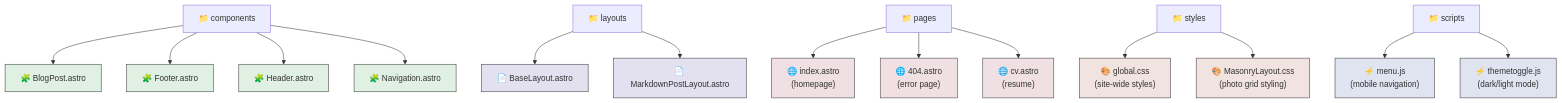
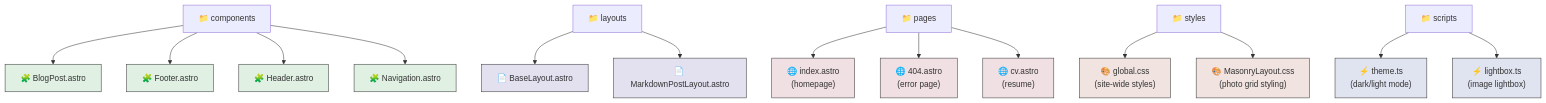
The third of 9 diagrams in README.md (erfianugrah/revista-3), drawn with Mermaid before and after one commit. The commit also changed other lines of this file and 25 other files, not shown here.

````diff
--- a/README.md
+++ b/README.md
@@ -81,32 +81,32 @@
 ```mermaid
 graph TD
     classDef compFile fill:#e0f0e3,stroke:#333,stroke-width:1px
     classDef layoutFile fill:#e3e0f0,stroke:#333,stroke-width:1px
     classDef pageFile fill:#f0e0e3,stroke:#333,stroke-width:1px
     classDef styleFile fill:#f0e3e0,stroke:#333,stroke-width:1px
     classDef scriptFile fill:#e0e3f0,stroke:#333,stroke-width:1px
 
     E["📁 components"] --> E1["🧩 BlogPost.astro"]
     E --> E2["🧩 Footer.astro"]
     E --> E3["🧩 Header.astro"]
     E --> E4["🧩 Navigation.astro"]
 
     F["📁 layouts"] --> F1["📄 BaseLayout.astro"]
     F --> F2["📄 MarkdownPostLayout.astro"]
 
     G["📁 pages"] --> G1["🌐 index.astro<br>(homepage)"]
     G --> G2["🌐 404.astro<br>(error page)"]
     G --> G3["🌐 cv.astro<br>(resume)"]
 
     I["📁 styles"] --> I1["🎨 global.css<br>(site-wide styles)"]
     I --> I2["🎨 MasonryLayout.css<br>(photo grid styling)"]
 
-    J["📁 scripts"] --> J1["⚡ menu.js<br>(mobile navigation)"]
-    J --> J2["⚡ themetoggle.js<br>(dark/light mode)"]
+    J["📁 scripts"] --> J1["⚡ theme.ts<br>(dark/light mode)"]
+    J --> J2["⚡ lightbox.ts<br>(image lightbox)"]
 
     class E1,E2,E3,E4 compFile
     class F1,F2 layoutFile
     class G1,G2,G3 pageFile
     class I1,I2 styleFile
     class J1,J2 scriptFile
 ```
````
